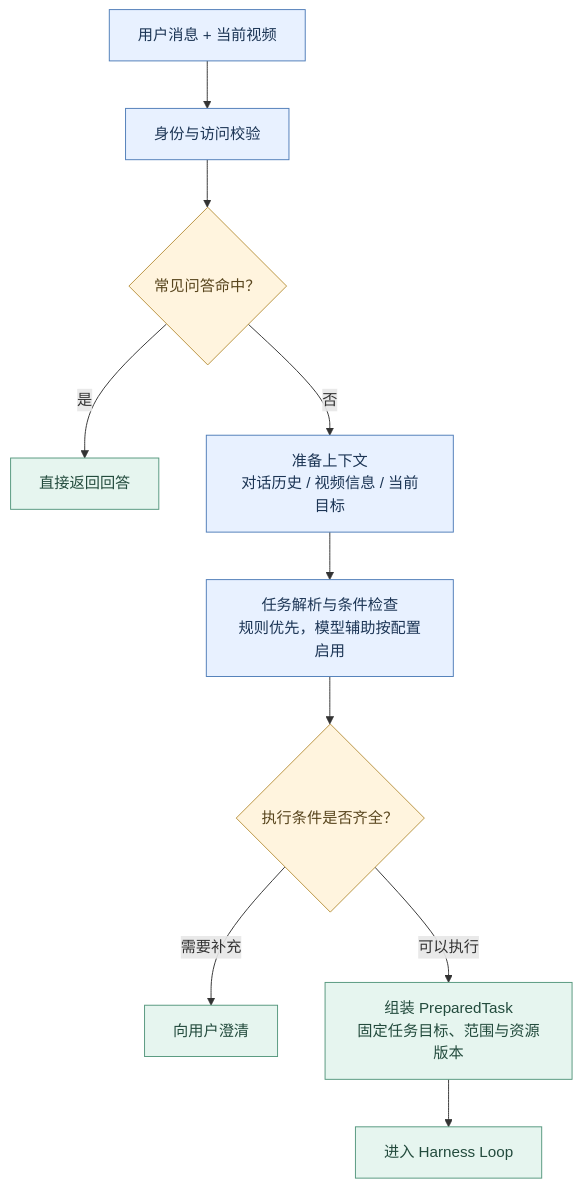
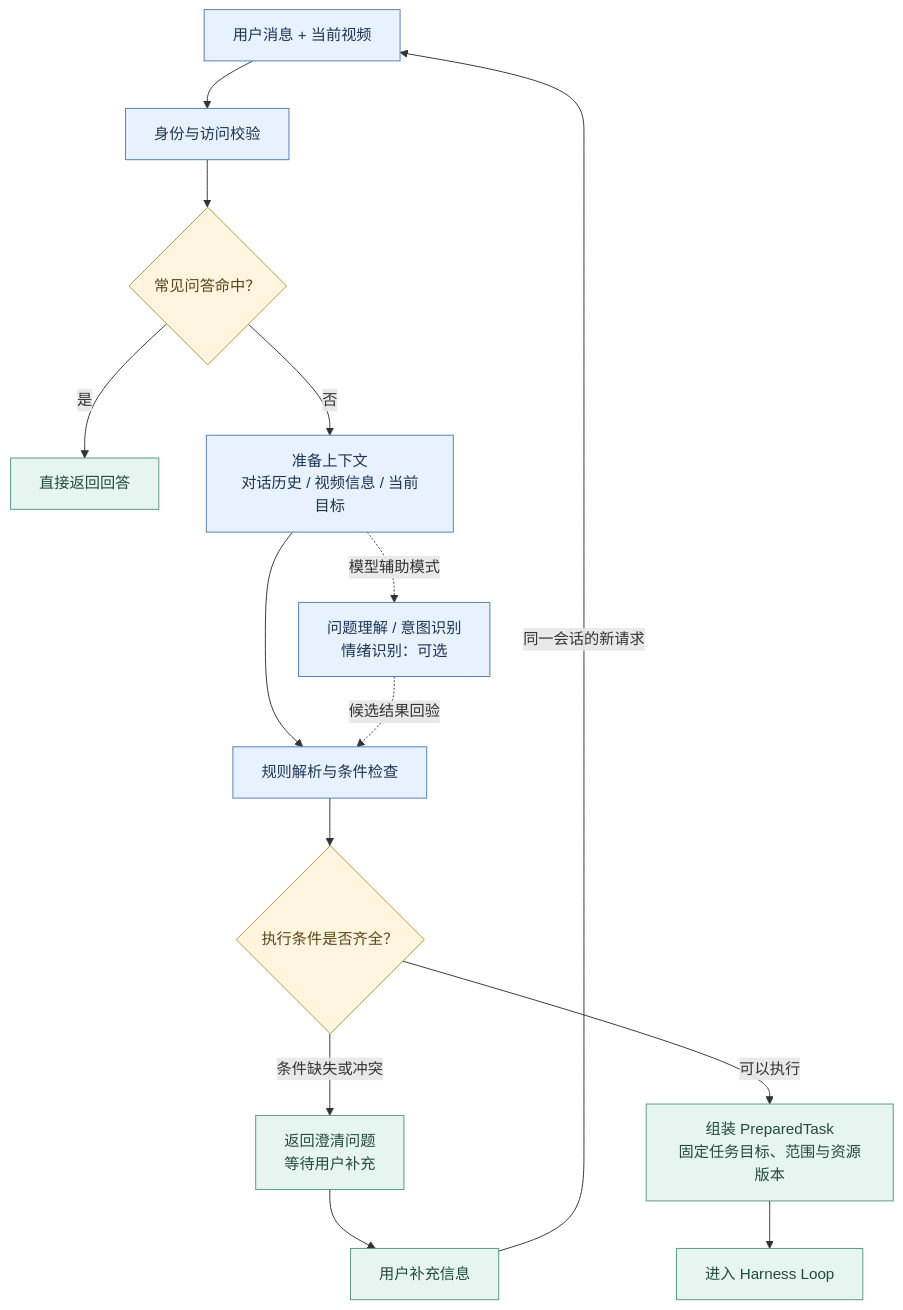
One commit to blackirlsama/Tianmu changed the second of 3 diagrams in README.md. Above: the diagram before and after it, drawn with Mermaid. The commit also changed other lines of this file, not shown here.

Commit message:
docs: show optional preparation analysis and clarification flows

````diff
--- a/README.md
+++ b/README.md
@@ -116,19 +116,23 @@
 ```mermaid
 flowchart TB
     Request["用户消息 + 当前视频"] --> Access["身份与访问校验"]
     Access --> FAQ{"常见问答命中？"}
     FAQ -->|是| Answer["直接返回回答"]
     FAQ -->|否| Memory["准备上下文<br/>对话历史 / 视频信息 / 当前目标"]
-    Memory --> Understand["任务解析与条件检查<br/>规则优先，模型辅助按配置启用"]
+    Memory --> Understand["规则解析与条件检查"]
+    Memory -. 模型辅助模式 .-> Assist["问题理解 / 意图识别<br/>情绪识别：可选"]
+    Assist -. 候选结果回验 .-> Understand
     Understand --> Ready{"执行条件是否齐全？"}
-    Ready -->|需要补充| Clarify["向用户澄清"]
+    Ready -->|条件缺失或冲突| Clarify["返回澄清问题<br/>等待用户补充"]
+    Clarify --> Supplement["用户补充信息"]
+    Supplement -->|同一会话的新请求| Request
     Ready -->|可以执行| Task["组装 PreparedTask<br/>固定任务目标、范围与资源版本"]
     Task --> Enter["进入 Harness Loop"]
 
     classDef preparation fill:#e8f1ff,stroke:#4f7db8,color:#1c3555
     classDef decision fill:#fff4de,stroke:#b99340,color:#58451d
     classDef result fill:#e6f5ef,stroke:#55977d,color:#234b3d
-    class Request,Access,Memory,Understand preparation
+    class Request,Access,Memory,Understand,Assist preparation
     class FAQ,Ready decision
-    class Answer,Clarify,Task,Enter result
+    class Answer,Clarify,Supplement,Task,Enter result
 ```
````
